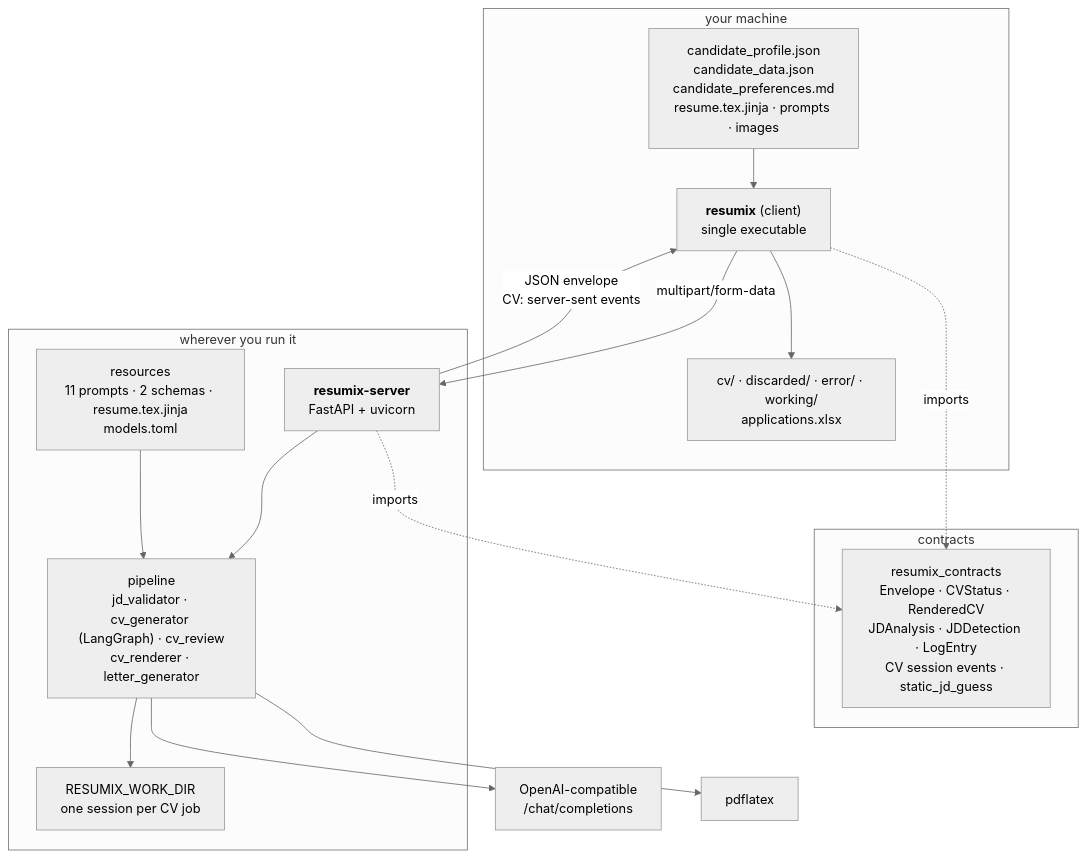
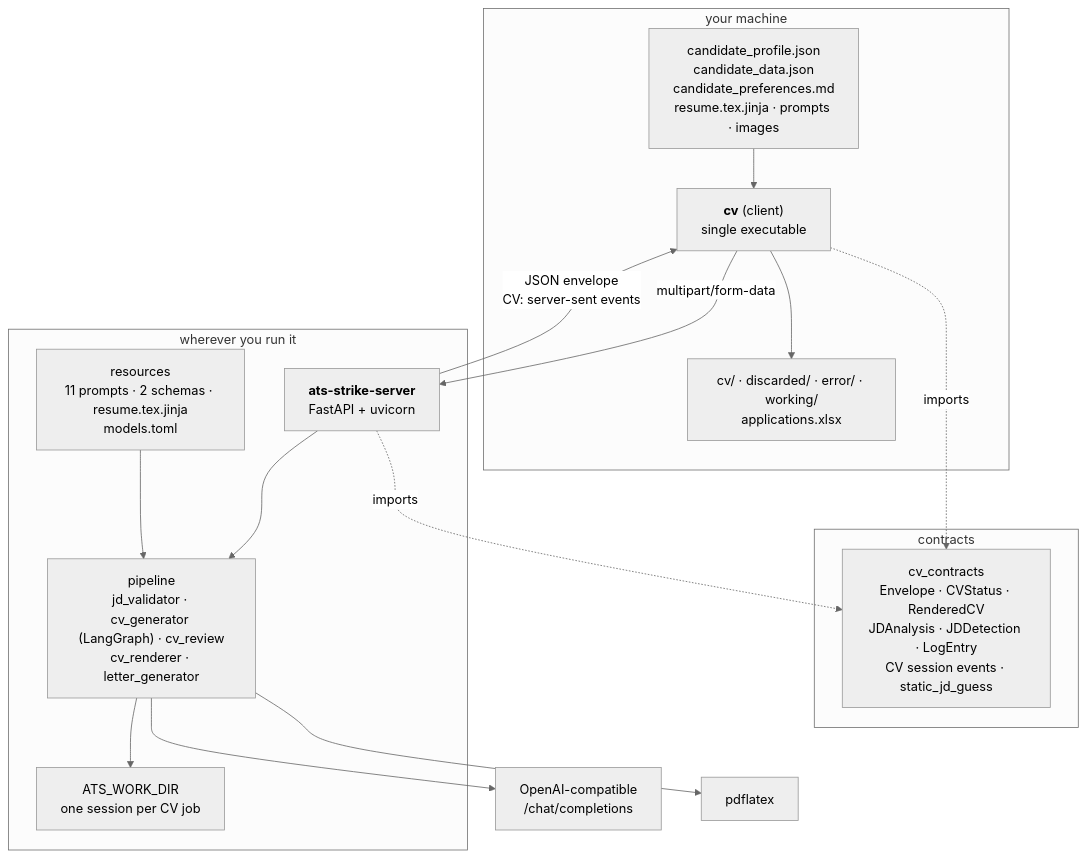
Before and after one commit to gcontini/ats-strike: the first of 2 diagrams in doc/architecture.md, drawn with Mermaid (neutral theme). The commit also changed other lines of this file and 229 other files, not shown here.

````diff
--- a/doc/architecture.md
+++ b/doc/architecture.md
@@ -5,34 +5,34 @@
 ```mermaid
 flowchart TB
     subgraph your["your machine"]
-        CLI["<b>resumix</b> (client)<br/>single executable"]
+        CLI["<b>cv</b> (client)<br/>single executable"]
         FILES["candidate_profile.json<br/>candidate_data.json<br/>candidate_preferences.md<br/>resume.tex.jinja · prompts · images"]
         OUT["cv/ · discarded/ · error/ · working/<br/>applications.xlsx"]
         FILES --> CLI
         CLI --> OUT
     end
 
     subgraph wire["contracts"]
-        CT["resumix_contracts<br/>Envelope · CVStatus · RenderedCV<br/>JDAnalysis · JDDetection · LogEntry<br/>CV session events · static_jd_guess"]
+        CT["cv_contracts<br/>Envelope · CVStatus · RenderedCV<br/>JDAnalysis · JDDetection · LogEntry<br/>CV session events · static_jd_guess"]
     end
 
     subgraph host["wherever you run it"]
-        API["<b>resumix-server</b><br/>FastAPI + uvicorn"]
+        API["<b>ats-strike-server</b><br/>FastAPI + uvicorn"]
         PIPE["pipeline<br/>jd_validator · cv_generator (LangGraph) · cv_review<br/>cv_renderer · letter_generator"]
         RES["resources<br/>11 prompts · 2 schemas · resume.tex.jinja<br/>models.toml"]
-        STORE["RESUMIX_WORK_DIR<br/>one session per CV job"]
+        STORE["ATS_WORK_DIR<br/>one session per CV job"]
         API --> PIPE
         RES --> PIPE
         PIPE --> STORE
     end
 
     PROV["OpenAI-compatible<br/>/chat/completions"]
     TEX["pdflatex"]
 
     CLI -->|"multipart/form-data"| API
     API -->|"JSON envelope<br/>CV: server-sent events"| CLI
     CLI -.imports.-> CT
     API -.imports.-> CT
     PIPE --> PROV
     PIPE --> TEX
 ```
````
